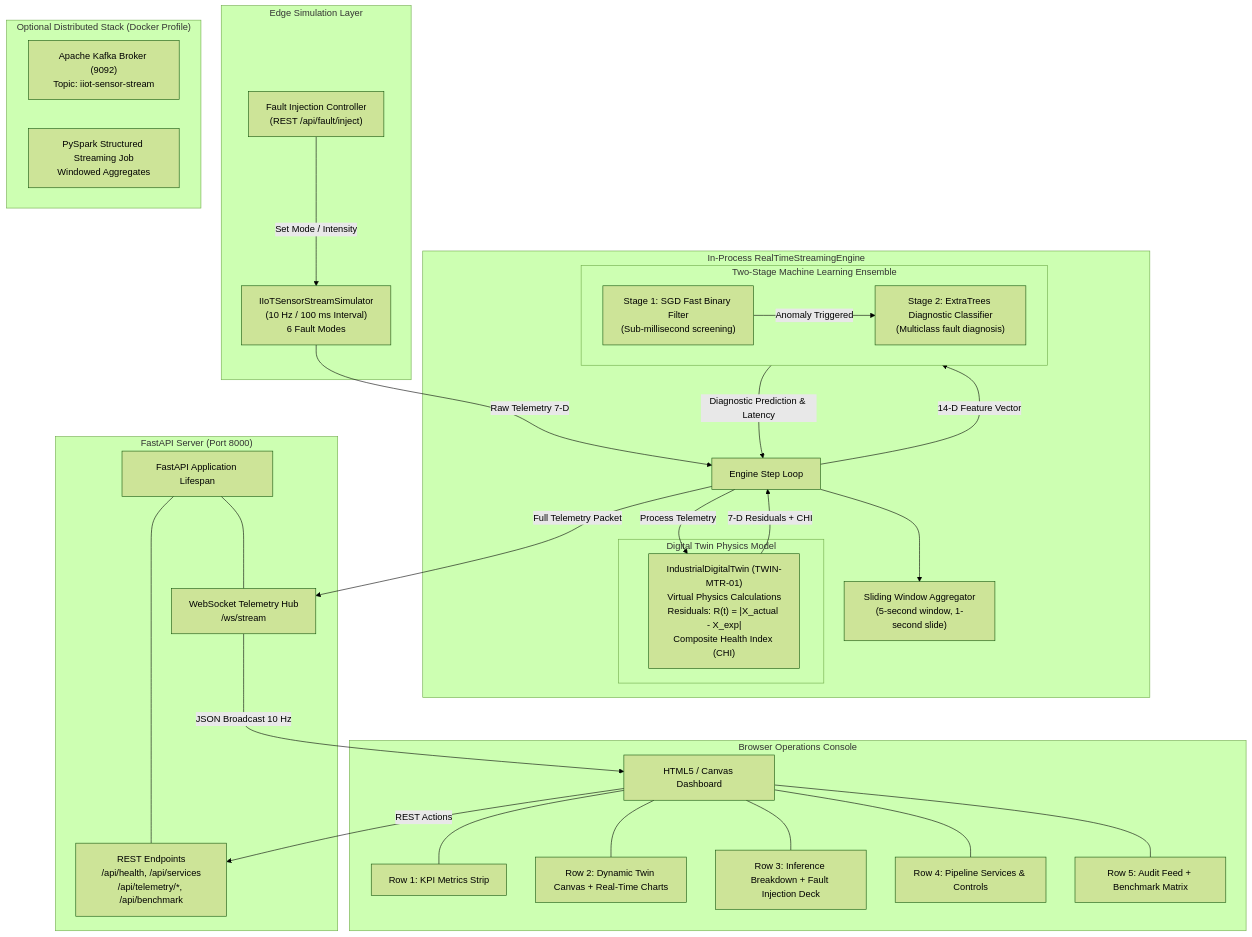
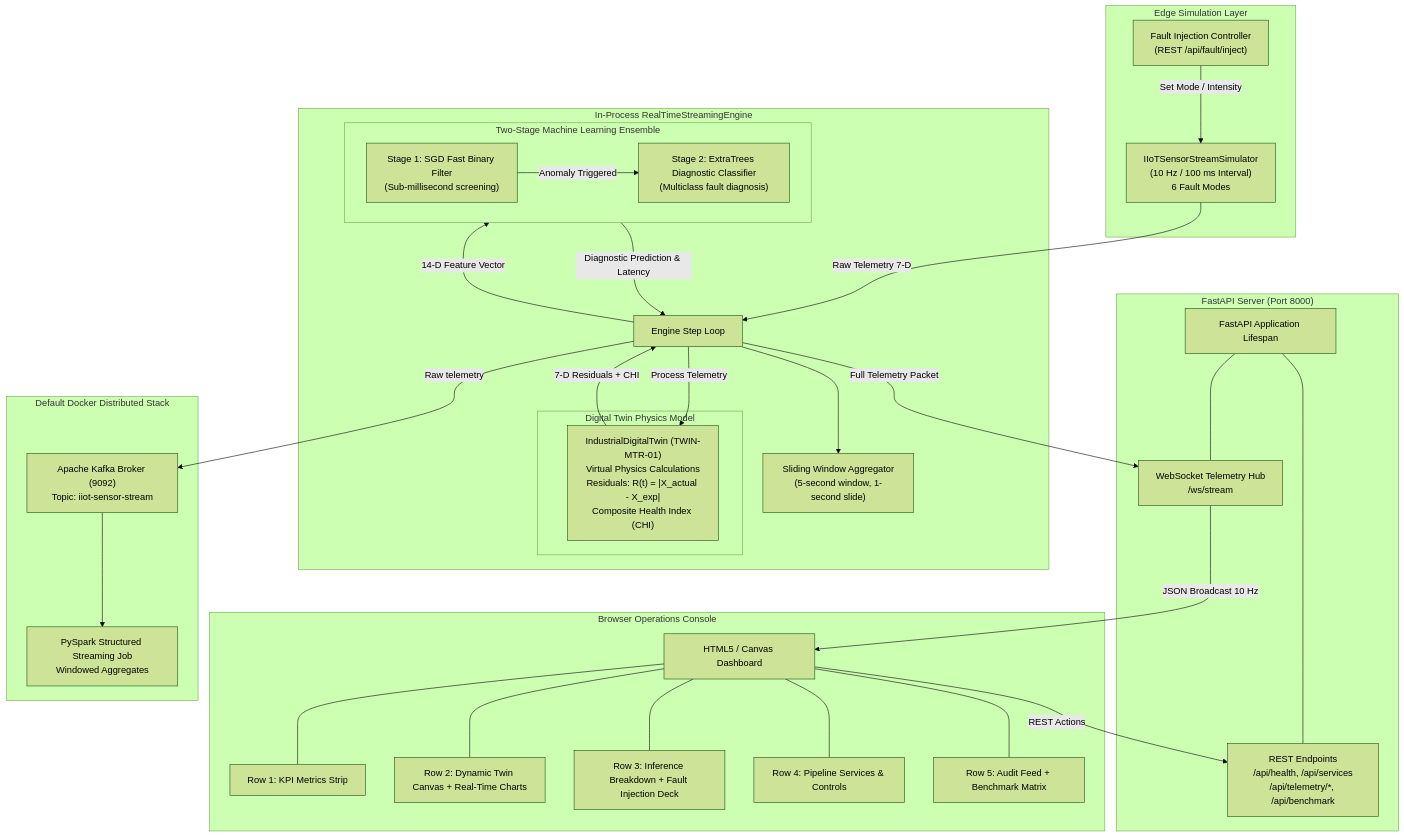
The diagram in docs/ARCHITECTURE.md (Amit-kumar80844/streaming_project), drawn with Mermaid (forest theme) before and after one commit. The commit also changed other lines of this file and 12 other files, not shown here.

Commit message:
Fix Kafka and Spark streaming integration

````diff
--- a/docs/ARCHITECTURE.md
+++ b/docs/ARCHITECTURE.md
@@ -9,64 +9,66 @@
 ```mermaid
 flowchart TD
     subgraph EdgeSimulation ["Edge Simulation Layer"]
         SIM["IIoTSensorStreamSimulator\n(10 Hz / 100 ms Interval)\n6 Fault Modes"]
         FI["Fault Injection Controller\n(REST /api/fault/inject)"]
         FI -->|Set Mode / Intensity| SIM
     end
 
     subgraph CoreEngine ["In-Process RealTimeStreamingEngine"]
         SIM -->|Raw Telemetry 7-D| STEP["Engine Step Loop"]
         
         subgraph DigitalTwin ["Digital Twin Physics Model"]
             DT["IndustrialDigitalTwin (TWIN-MTR-01)\nVirtual Physics Calculations\nResiduals: R(t) = |X_actual - X_exp|\nComposite Health Index (CHI)"]
         end
         
         STEP -->|Process Telemetry| DT
         DT -->|7-D Residuals + CHI| STEP
         
         subgraph MLEnsemble ["Two-Stage Machine Learning Ensemble"]
             S1["Stage 1: SGD Fast Binary Filter\n(Sub-millisecond screening)"]
             S2["Stage 2: ExtraTrees Diagnostic Classifier\n(Multiclass fault diagnosis)"]
             S1 -->|Anomaly Triggered| S2
         end
         
         STEP -->|14-D Feature Vector| MLEnsemble
         MLEnsemble -->|Diagnostic Prediction & Latency| STEP
         
         WIN["Sliding Window Aggregator\n(5-second window, 1-second slide)"]
         STEP --> WIN
     end
 
     subgraph APIServer ["FastAPI Server (Port 8000)"]
         SRV["FastAPI Application Lifespan"]
         REST["REST Endpoints\n/api/health, /api/services\n/api/telemetry/*, /api/benchmark"]
         WS["WebSocket Telemetry Hub\n/ws/stream"]
         SRV --- REST
         SRV --- WS
     end
 
     STEP -->|Full Telemetry Packet| WS
 
     subgraph ClientUI ["Browser Operations Console"]
         DASH["HTML5 / Canvas Dashboard"]
         KPI["Row 1: KPI Metrics Strip"]
         TWIN["Row 2: Dynamic Twin Canvas + Real-Time Charts"]
         DIAG["Row 3: Inference Breakdown + Fault Injection Deck"]
         CTRL["Row 4: Pipeline Services & Controls"]
         FEED["Row 5: Audit Feed + Benchmark Matrix"]
         
         DASH --- KPI
         DASH --- TWIN
         DASH --- DIAG
         DASH --- CTRL
         DASH --- FEED
     end
 
     WS -->|JSON Broadcast 10 Hz| DASH
     DASH -->|REST Actions| REST
 
-    subgraph OptionalKafkaStack ["Optional Distributed Stack (Docker Profile)"]
+    subgraph DistributedStack ["Default Docker Distributed Stack"]
         KAFKA["Apache Kafka Broker (9092)\nTopic: iiot-sensor-stream"]
         SPARK["PySpark Structured Streaming Job\nWindowed Aggregates"]
+        STEP -->|Raw telemetry| KAFKA
+        KAFKA --> SPARK
     end
 ```
````
